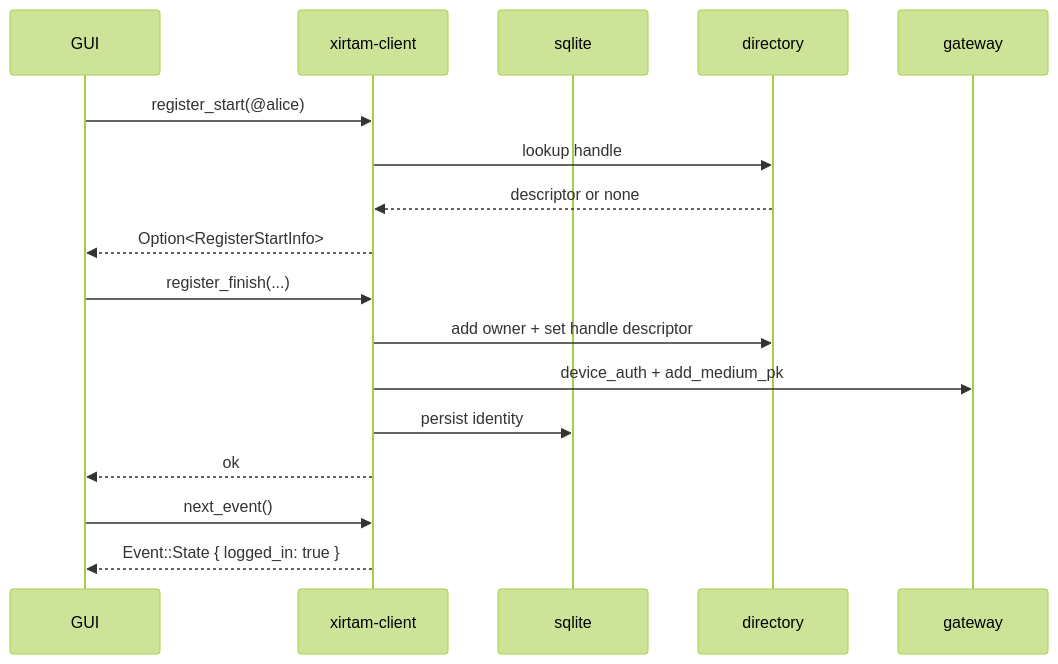
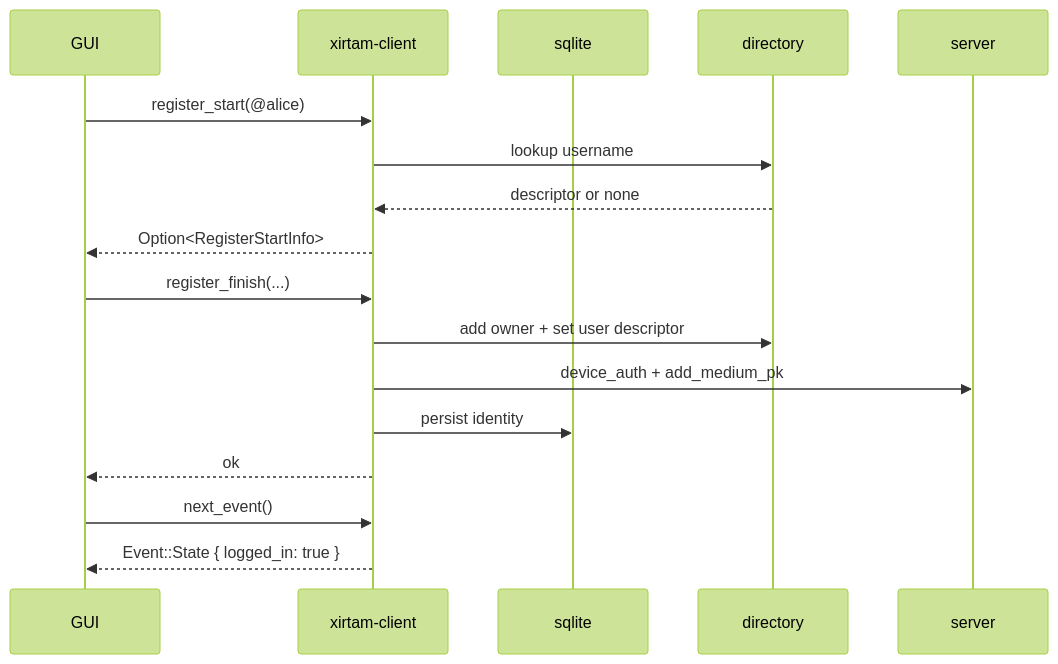
One commit to mel-project/nullspace changed the first of 3 diagrams in libraries/xirtam-client/README.md. Above: the diagram before and after it, drawn with Mermaid (forest theme). The commit also changed other lines of this file and 68 other files, not shown here.

````diff
--- a/libraries/xirtam-client/README.md
+++ b/libraries/xirtam-client/README.md
@@ -31,22 +31,22 @@
 ```mermaid
 sequenceDiagram
   participant GUI
   participant Client as xirtam-client
   participant DB as sqlite
   participant Dir as directory
-  participant GW as gateway
+  participant GW as server
 
   GUI->>Client: register_start(@alice)
-  Client->>Dir: lookup handle
+  Client->>Dir: lookup username
   Dir-->>Client: descriptor or none
   Client-->>GUI: Option<RegisterStartInfo>
 
   GUI->>Client: register_finish(...)
-  Client->>Dir: add owner + set handle descriptor
+  Client->>Dir: add owner + set user descriptor
   Client->>GW: device_auth + add_medium_pk
   Client->>DB: persist identity
   Client-->>GUI: ok
 
   GUI->>Client: next_event()
   Client-->>GUI: Event::State { logged_in: true }
 ```
````
